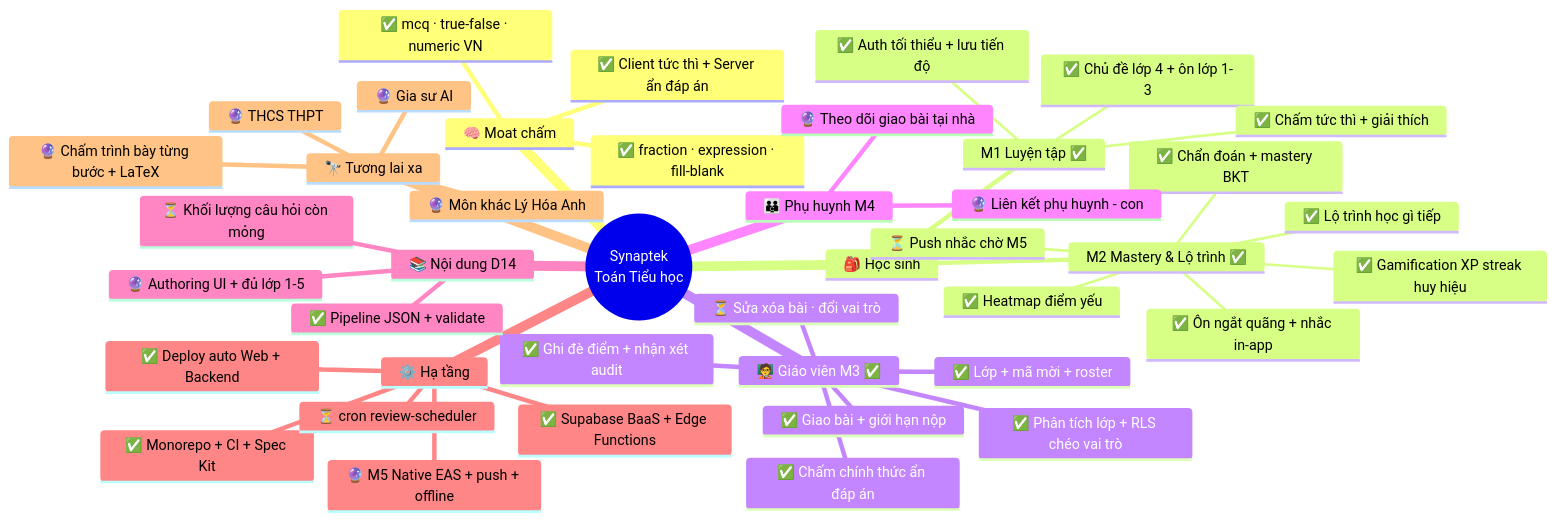
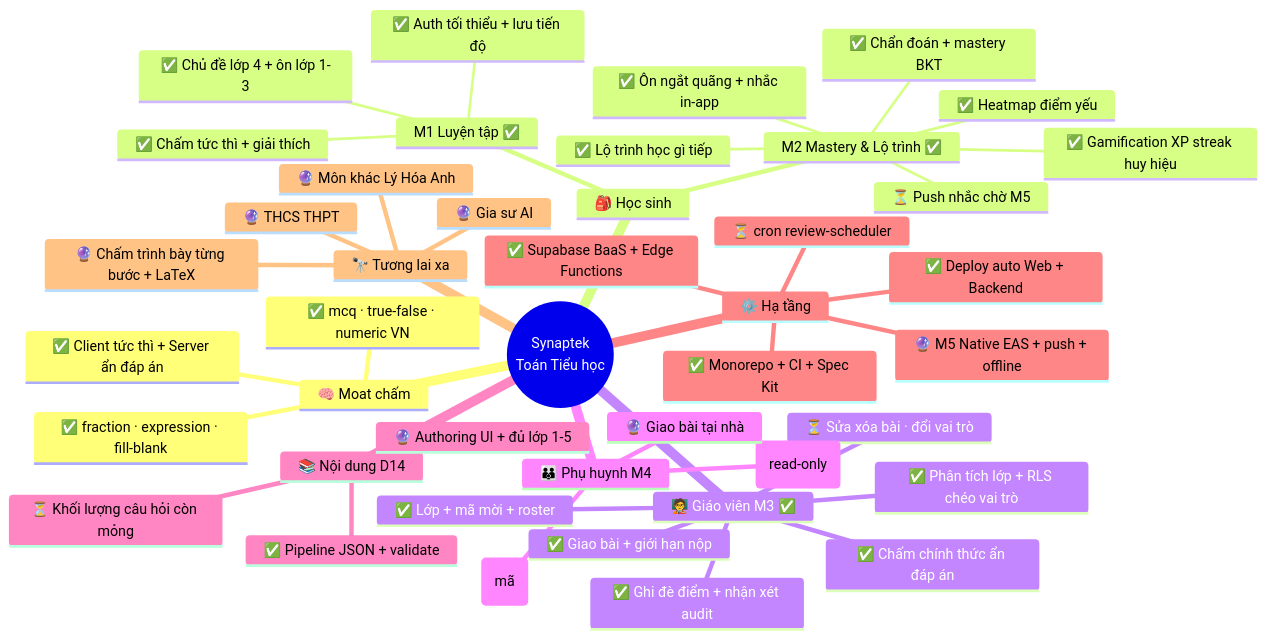
One commit to hoanghainh1188/synaptek changed the first of 2 diagrams in docs/FEATURE-MAP.md. Above: the diagram before and after it, drawn with Mermaid. The commit also changed other lines of this file and 21 other files, not shown here.

First line of the commit message:
feat(m4): Phụ huynh — liên kết PH–con + theo dõi (read-only) (#22)

````diff
--- a/docs/FEATURE-MAP.md
+++ b/docs/FEATURE-MAP.md
@@ -8,45 +8,46 @@
 ```mermaid
 mindmap
   root((Synaptek<br/>Toán Tiểu học))
     🧠 Moat chấm
       ✅ mcq · true-false · numeric VN
       ✅ fraction · expression · fill-blank
       ✅ Client tức thì + Server ẩn đáp án
     🎒 Học sinh
       M1 Luyện tập ✅
         ✅ Chủ đề lớp 4 + ôn lớp 1-3
         ✅ Chấm tức thì + giải thích
         ✅ Auth tối thiểu + lưu tiến độ
       M2 Mastery & Lộ trình ✅
         ✅ Chẩn đoán + mastery BKT
         ✅ Lộ trình học gì tiếp
         ✅ Heatmap điểm yếu
         ✅ Gamification XP streak huy hiệu
         ✅ Ôn ngắt quãng + nhắc in-app
         ⏳ Push nhắc chờ M5
     🧑‍🏫 Giáo viên M3 ✅
       ✅ Lớp + mã mời + roster
       ✅ Giao bài + giới hạn nộp
       ✅ Chấm chính thức ẩn đáp án
       ✅ Ghi đè điểm + nhận xét audit
       ✅ Phân tích lớp + RLS chéo vai trò
       ⏳ Sửa xóa bài · đổi vai trò
     👪 Phụ huynh M4
-      🔮 Liên kết phụ huynh - con
-      🔮 Theo dõi giao bài tại nhà
+      ✅ Liên kết phụ huynh - con (mã)
+      ✅ Theo dõi tiến độ con (read-only)
+      🔮 Giao bài tại nhà
     📚 Nội dung D14
       ✅ Pipeline JSON + validate
       ⏳ Khối lượng câu hỏi còn mỏng
       🔮 Authoring UI + đủ lớp 1-5
     ⚙️ Hạ tầng
       ✅ Monorepo + CI + Spec Kit
       ✅ Supabase BaaS + Edge Functions
       ✅ Deploy auto Web + Backend
       ⏳ cron review-scheduler
       🔮 M5 Native EAS + push + offline
     🔭 Tương lai xa
       🔮 THCS THPT
       🔮 Môn khác Lý Hóa Anh
       🔮 Chấm trình bày từng bước + LaTeX
       🔮 Gia sư AI
 ```
````
